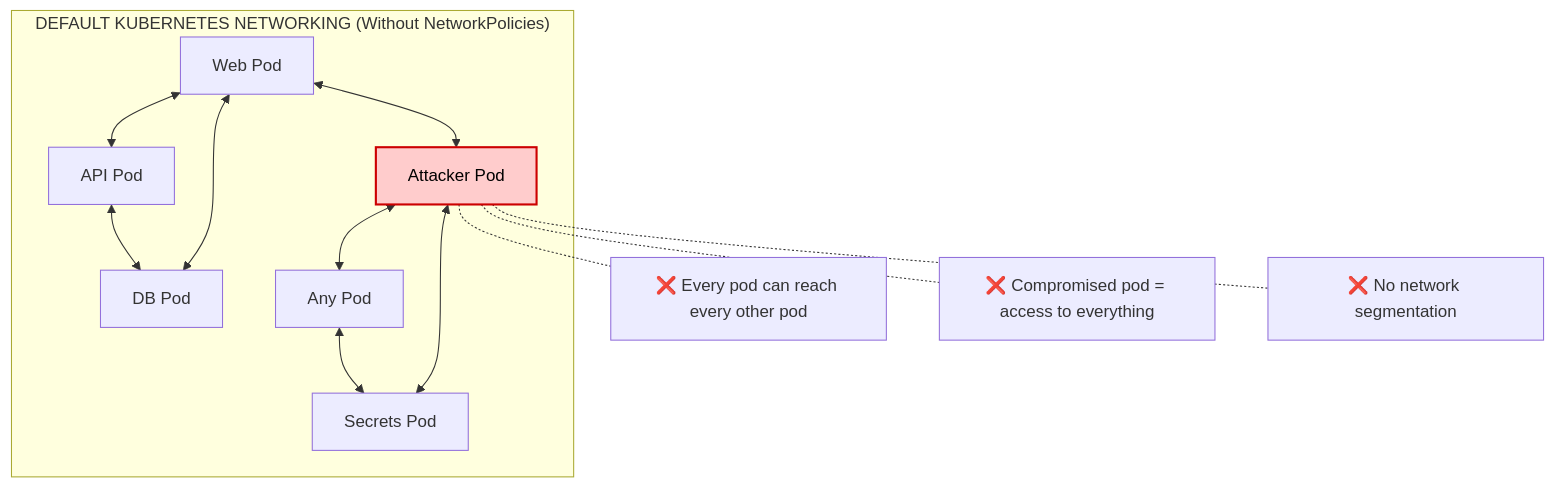
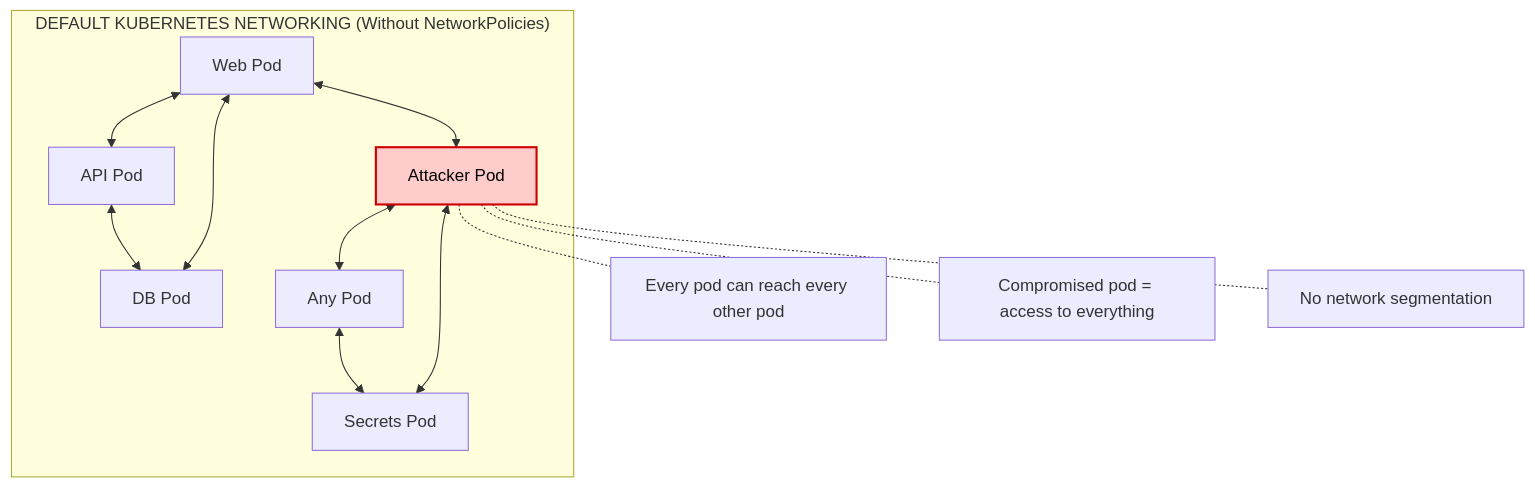
One commit to krisztiankoos/kubedojo changed the first of 3 diagrams in src/content/docs/k8s/cks/part1-cluster-setup/module-1.1-network-policies.md. Above: the diagram before and after it, drawn with Mermaid. The commit also changed other lines of this file, not shown here.

First line of the commit message:
feat(388): rewrite module-1.1-network-policies (#388 pilot) (#1262)

````diff
--- a/src/content/docs/k8s/cks/part1-cluster-setup/module-1.1-network-policies.md
+++ b/src/content/docs/k8s/cks/part1-cluster-setup/module-1.1-network-policies.md
@@ -50,24 +51,23 @@
 ```mermaid
 flowchart TD
     subgraph Cluster["DEFAULT KUBERNETES NETWORKING (Without NetworkPolicies)"]
         W[Web Pod] <--> A[API Pod]
         A <--> D[DB Pod]
         W <--> D
         Att[Attacker Pod] <--> Any[Any Pod]
         Any <--> Sec[Secrets Pod]
         Att <--> Sec
         W <--> Att
     end
-    
+
     classDef danger fill:#ffcccc,stroke:#cc0000,stroke-width:2px,color:#000;
     class Att danger;
-    
-    %% Notes
-    note1[❌ Every pod can reach every other pod]
-    note2[❌ Compromised pod = access to everything]
-    note3[❌ No network segmentation]
-    
+
+    note1[Every pod can reach every other pod]
+    note2[Compromised pod = access to everything]
+    note3[No network segmentation]
+
     Att -.- note1
     Att -.- note2
     Att -.- note3
 ```
````
